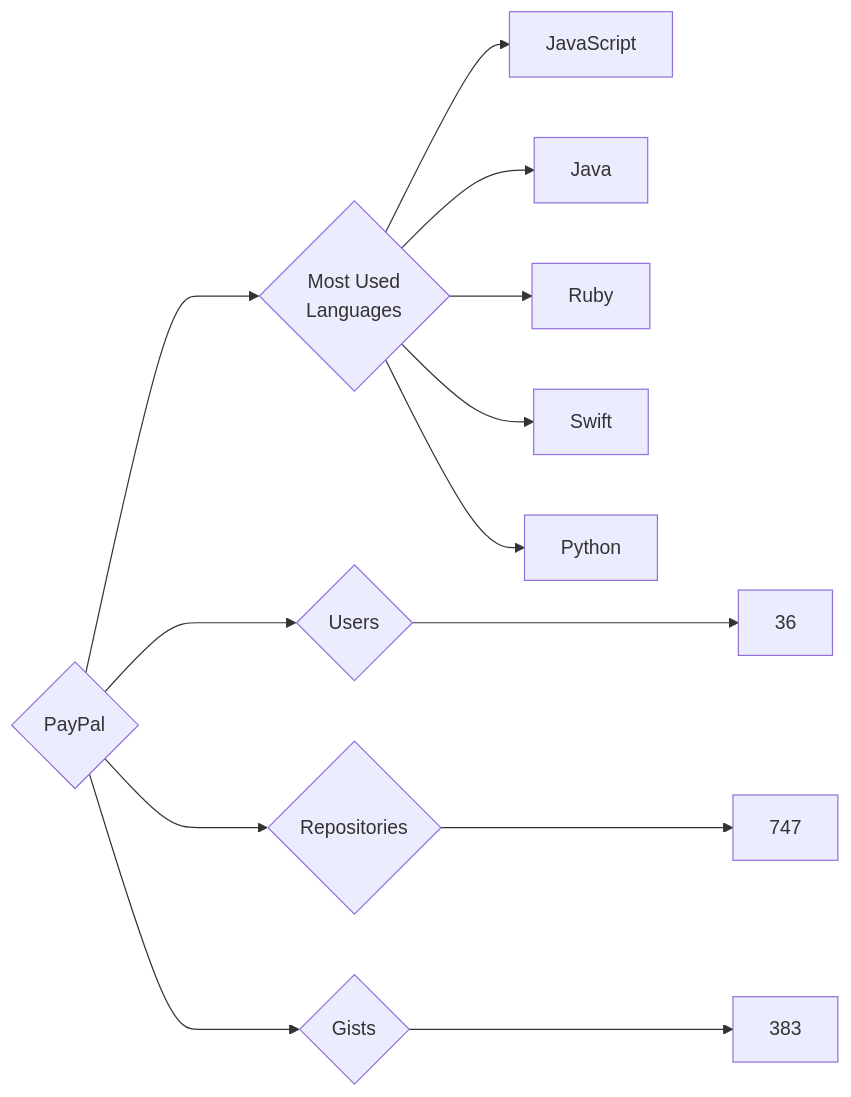
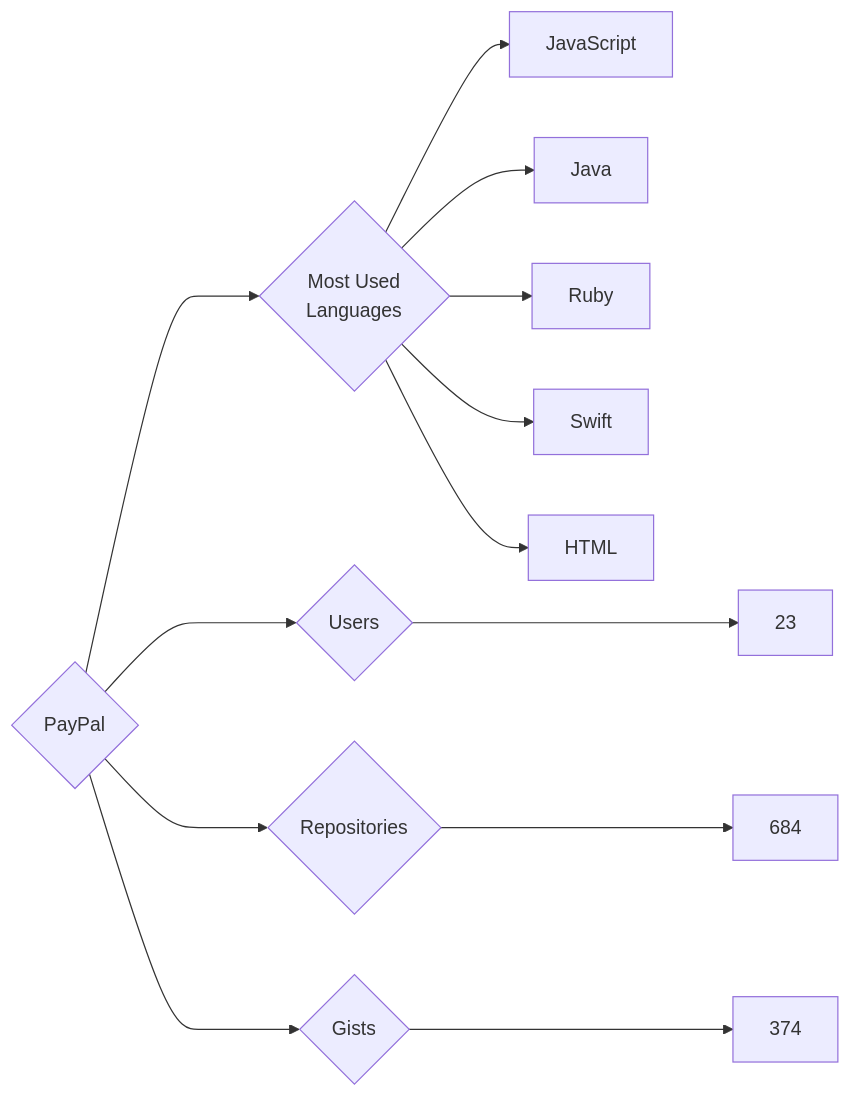
One commit to trickest/insiders changed the diagram in targets/PayPal/README.md. Above: the diagram before and after it, drawn with Mermaid. The commit also changed 829 other files, not shown here.

````diff
--- a/targets/PayPal/README.md
+++ b/targets/PayPal/README.md
@@ -3,13 +3,13 @@
 ```mermaid
 graph LR
 COMPANY_NAME{PayPal}
-COMPANY_NAME ---> U{Users} ---> UN[36]
-COMPANY_NAME ---> R{Repositories} ---> RN[747]
-COMPANY_NAME ---> G{Gists} ---> GN[383]
+COMPANY_NAME ---> U{Users} ---> UN[23]
+COMPANY_NAME ---> R{Repositories} ---> RN[684]
+COMPANY_NAME ---> G{Gists} ---> GN[374]
 COMPANY_NAME ---> ML{Most Used<br>Languages}
 ML --> JavaScript[JavaScript]
 ML --> Java[Java]
 ML --> Ruby[Ruby]
 ML --> Swift[Swift]
-ML --> Python[Python]
+ML --> HTML[HTML]
 ```
````
